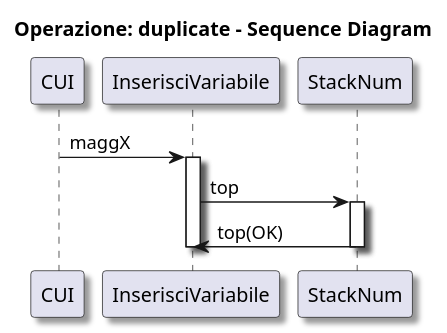
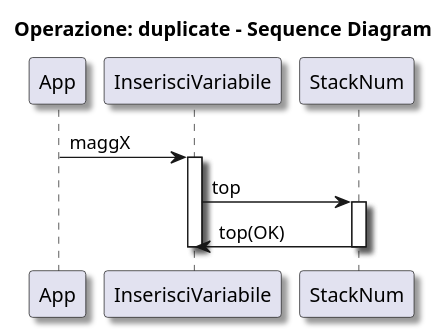
One commit to LuciaNancyLavista/Gruppo06_software_eng_L.I.V.P changed the diagram in CalcolatriceProgrammabile/Diagrams/Sequence Diagrams/SequenceVarOp.puml. Above: the diagram before and after it, drawn with PlantUML. The commit also changed 6 other files, not shown here.

First line of the commit message:
Update Diagrams

```diff
--- a/CalcolatriceProgrammabile/Diagrams/Sequence Diagrams/SequenceVarOp.puml
+++ b/CalcolatriceProgrammabile/Diagrams/Sequence Diagrams/SequenceVarOp.puml
@@ -1,12 +1,12 @@
 @startuml 
 skinparam Shadowing true
 
 title Operazione: duplicate - Sequence Diagram
-CUI -> InserisciVariabile: maggX
+App -> InserisciVariabile: maggX
 activate InserisciVariabile
 InserisciVariabile -> StackNum: top
 activate StackNum
 StackNum -> InserisciVariabile: top(OK)
 deactivate StackNum
 deactivate InserisciVariabile 
 @endumlperazione
```
